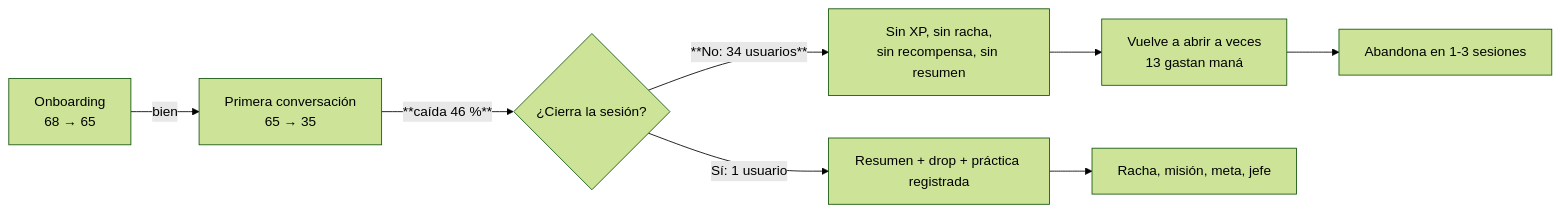
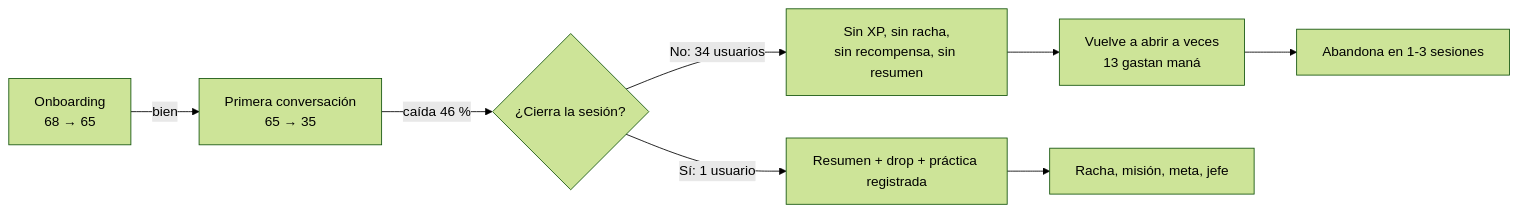
The second of 2 diagrams in docs/product-discovery/11-engagement-and-progression.md (hiulett/TutorSaas), drawn with Mermaid (forest theme) before and after one commit. The commit also changed other lines of this file and 3 other files, not shown here.

````diff
--- a/docs/product-discovery/11-engagement-and-progression.md
+++ b/docs/product-discovery/11-engagement-and-progression.md
@@ -378,10 +378,10 @@
 ```mermaid
 flowchart LR
     A[Onboarding<br/>68 → 65] -->|bien| B[Primera conversación<br/>65 → 35]
-    B -->|**caída 46 %**| C{¿Cierra la sesión?}
-    C -->|**No: 34 usuarios**| D[Sin XP, sin racha,<br/>sin recompensa, sin resumen]
+    B -->|caída 46 %| C{¿Cierra la sesión?}
+    C -->|No: 34 usuarios| D[Sin XP, sin racha,<br/>sin recompensa, sin resumen]
     C -->|Sí: 1 usuario| E[Resumen + drop + práctica registrada]
     D --> F[Vuelve a abrir a veces<br/>13 gastan maná]
     F --> G[Abandona en 1-3 sesiones]
     E --> H[Racha, misión, meta, jefe]
 ```
````
